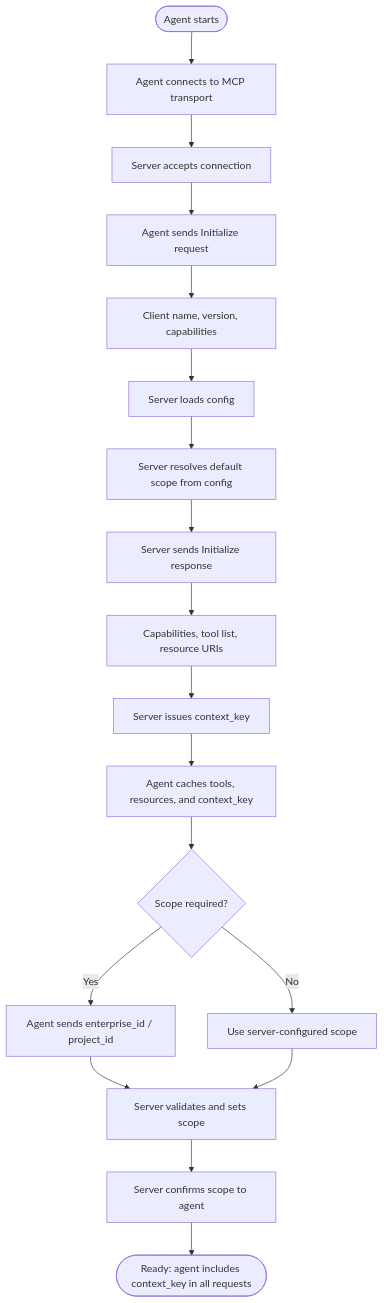
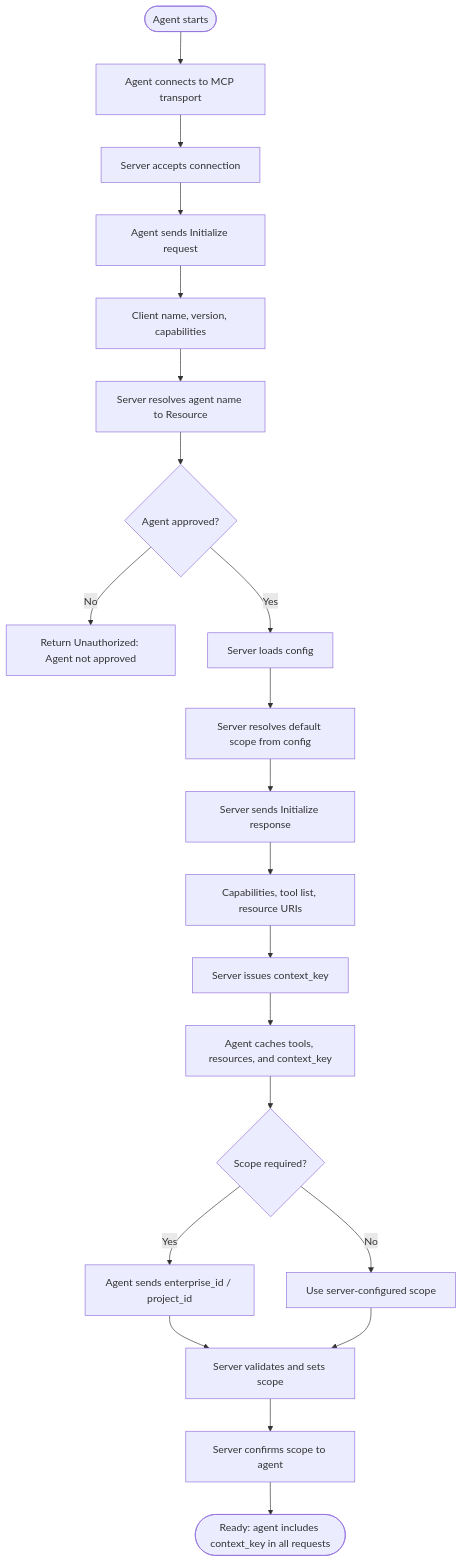
One commit to sharpninja/project-mcp changed the second of 2 diagrams in docs/02-architecture.md. Above: the diagram before and after it, drawn with Mermaid. The commit also changed other lines of this file and 17 other files, not shown here.

````diff
--- a/docs/02-architecture.md
+++ b/docs/02-architecture.md
@@ -43,20 +45,23 @@
 ```mermaid
 flowchart TB
   Start([Agent starts]) --> Connect[Agent connects to MCP transport]
   Connect --> Accept[Server accepts connection]
   Accept --> InitReq[Agent sends Initialize request]
   InitReq --> InitReqDetail[Client name, version, capabilities]
-  InitReqDetail --> ServerLoad[Server loads config]
+  InitReqDetail --> ResolveAgent[Server resolves agent name to Resource]
+  ResolveAgent --> AgentOk{Agent approved?}
+  AgentOk -->|No| ErrAgent[Return Unauthorized: Agent not approved]
+  AgentOk -->|Yes| ServerLoad[Server loads config]
   ServerLoad --> ServerScope[Server resolves default scope from config]
   ServerScope --> InitResp[Server sends Initialize response]
   InitResp --> InitRespDetail[Capabilities, tool list, resource URIs]
   InitRespDetail --> ServerIssueKey[Server issues context_key]
   ServerIssueKey --> AgentCache[Agent caches tools, resources, and context_key]
   AgentCache --> ScopeCheck{Scope required?}
   ScopeCheck -->|Yes| AgentSendScope[Agent sends enterprise_id / project_id]
   ScopeCheck -->|No| UseDefault[Use server-configured scope]
   AgentSendScope --> ServerValidate[Server validates and sets scope]
   UseDefault --> ServerValidate
   ServerValidate --> ConfirmScope[Server confirms scope to agent]
   ConfirmScope --> Ready([Ready: agent includes context_key in all requests])
 ```
````
